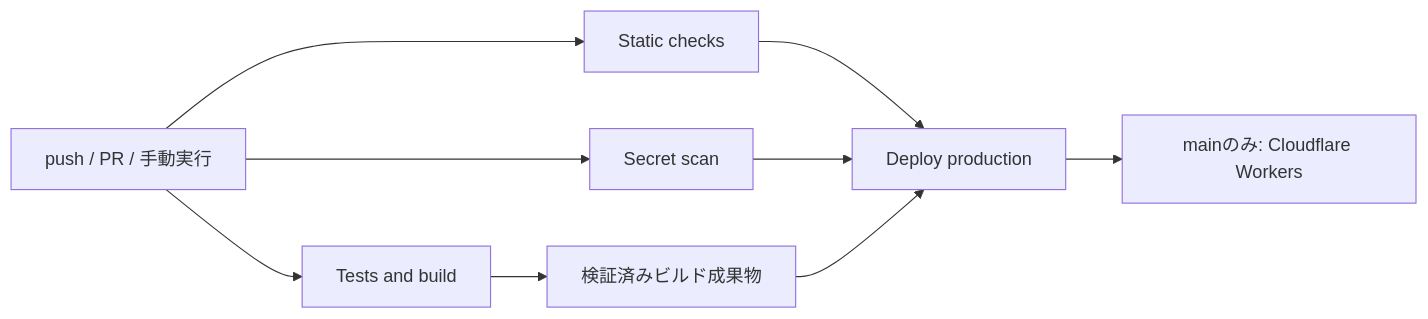
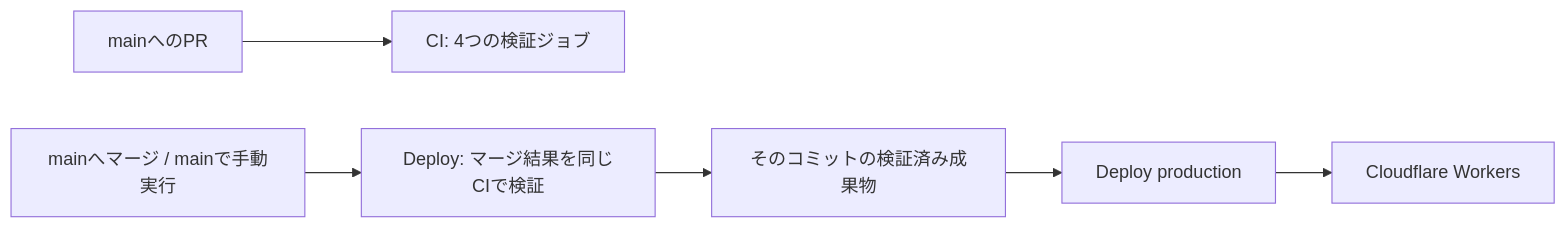
The diagram in docs/DEPLOYMENT.md (yahatapp/everyday-nautilus), drawn with Mermaid before and after one commit. The commit also changed other lines of this file and 26 other files, not shown here.

````diff
--- a/docs/DEPLOYMENT.md
+++ b/docs/DEPLOYMENT.md
@@ -9,11 +11,8 @@
 ```mermaid
 flowchart LR
-  Trigger[push / PR / 手動実行] --> Static[Static checks]
-  Trigger --> Secrets[Secret scan]
-  Trigger --> Tests[Tests and build]
-  Tests --> Artifact[検証済みビルド成果物]
-  Static --> Deploy[Deploy production]
-  Secrets --> Deploy
-  Artifact --> Deploy
-  Deploy --> Workers[mainのみ: Cloudflare Workers]
+  PR[mainへのPR] --> CI[CI: 4つの検証ジョブ]
+  Merge[mainへマージ / mainで手動実行] --> CD[Deploy: マージ結果を同じCIで検証]
+  CD --> Artifact[そのコミットの検証済み成果物]
+  Artifact --> Deploy[Deploy production]
+  Deploy --> Workers[Cloudflare Workers]
 ```
````
